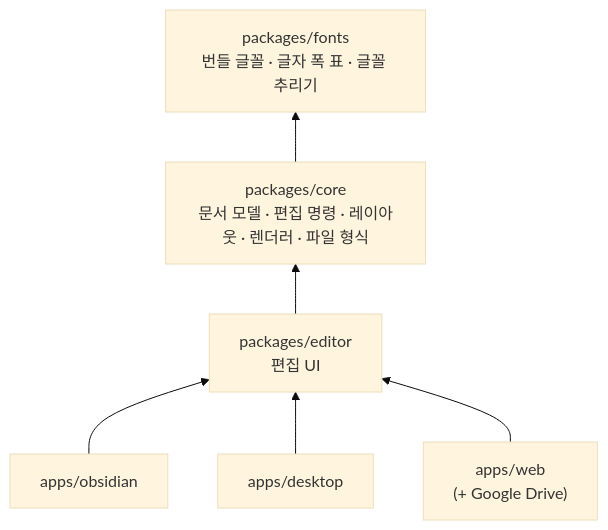
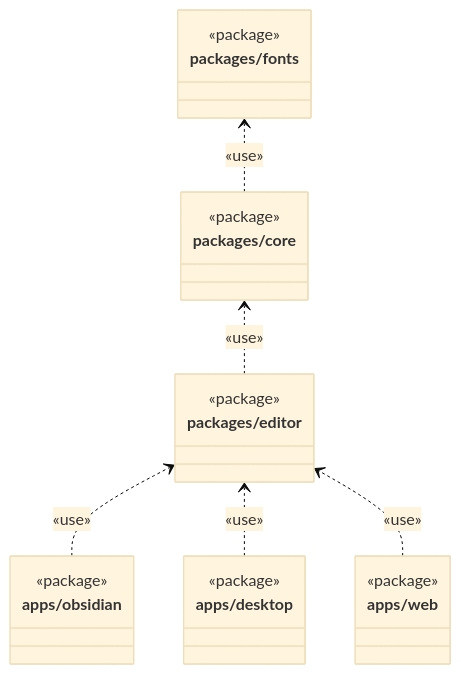
Before and after one commit to reddiana/AriadneNSD: the second of 6 diagrams in docs/03-architecture/03-architecture.md, drawn with Mermaid (base theme). The commit also changed other lines of this file and 7 other files, not shown here.

Commit message:
아키텍처 개요를 SW 엔지니어의 용어와 UML로(메인테이너 inbox, 견본): 패키지 의존 · editor-셸 인터페이스(필요/제공) · 모델 클래스 다이어그램, 컨텍스트 그림에 범례. 3.1→3.4, 3.2→3.5로 절 번호가 바뀌어 링크를 고침

````diff
--- a/docs/03-architecture/03-architecture.md
+++ b/docs/03-architecture/03-architecture.md
@@ -73,14 +85,21 @@
 ```mermaid
-flowchart BT
-    fonts["packages/fonts<br/>번들 글꼴 · 글자 폭 표 · 글꼴 추리기"]
-    core["packages/core<br/>문서 모델 · 편집 명령 · 레이아웃 · 렌더러 · 파일 형식"]
-    editor["packages/editor<br/>편집 UI"]
-    obsidian["apps/obsidian"]
-    desktop["apps/desktop"]
-    web["apps/web<br/>(+ Google Drive)"]
-    core --> fonts
-    editor --> core
-    obsidian --> editor
-    desktop --> editor
-    web --> editor
+classDiagram
+    direction BT
+    class fonts["packages/fonts"]
+    class core["packages/core"]
+    class editor["packages/editor"]
+    class obsidian["apps/obsidian"]
+    class desktop["apps/desktop"]
+    class web["apps/web"]
+    <<package>> fonts
+    <<package>> core
+    <<package>> editor
+    <<package>> obsidian
+    <<package>> desktop
+    <<package>> web
+    core ..> fonts : «use»
+    editor ..> core : «use»
+    obsidian ..> editor : «use»
+    desktop ..> editor : «use»
+    web ..> editor : «use»
 ```
````
